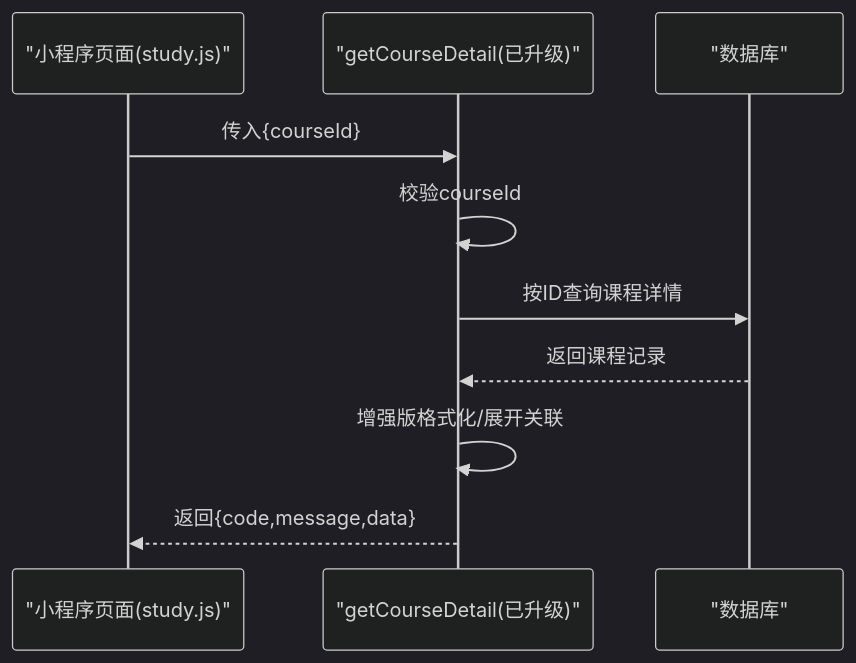
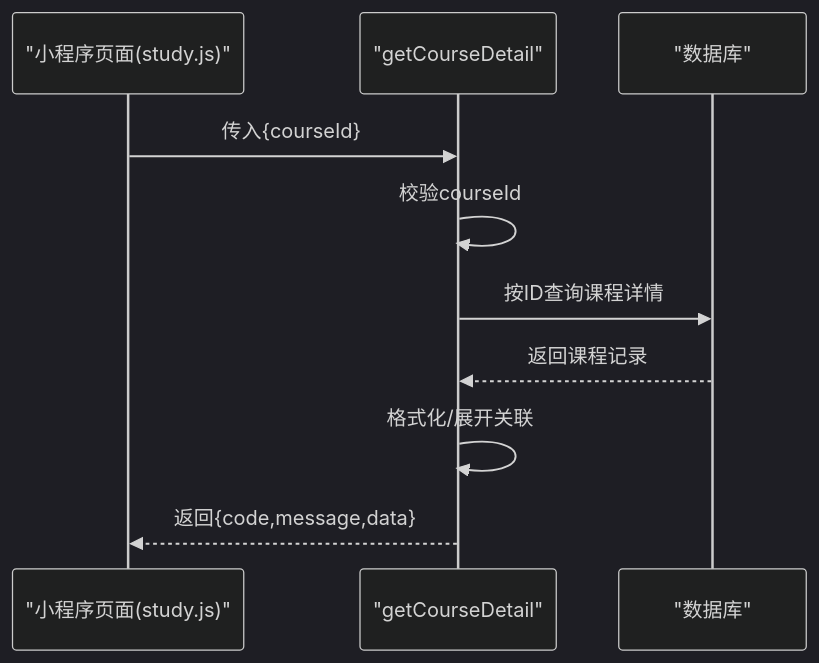
The fourth of 5 diagrams in .qoder/repowiki/zh/content/核心功能模块/课程学习系统/课程管理模块.md (cwb7756/bio), drawn with Mermaid (dark theme) before and after one commit. The commit also changed other lines of this file and 14 other files, not shown here.

First line of the commit message:
feat(knowledgeMap): 增强知识图谱功能，新增种子数据生成器

````diff
--- a/.qoder/repowiki/zh/content/核心功能模块/课程学习系统/课程管理模块.md
+++ b/.qoder/repowiki/zh/content/核心功能模块/课程学习系统/课程管理模块.md
@@ -176,12 +182,12 @@
 ```mermaid
 sequenceDiagram
 participant Page as "小程序页面(study.js)"
-participant CF as "getCourseDetail(已升级)"
+participant CF as "getCourseDetail"
 participant DB as "数据库"
 Page->>CF : 传入{courseId}
 CF->>CF : 校验courseId
 CF->>DB : 按ID查询课程详情
 DB-->>CF : 返回课程记录
-CF->>CF : 增强版格式化/展开关联
+CF->>CF : 格式化/展开关联
 CF-->>Page : 返回{code,message,data}
 ```
````
